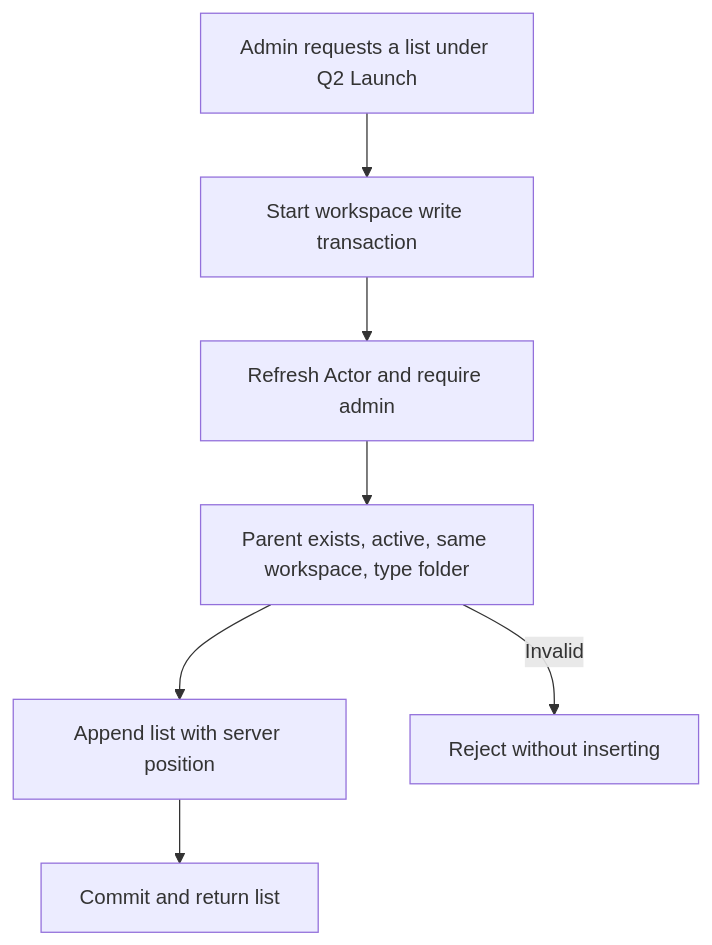
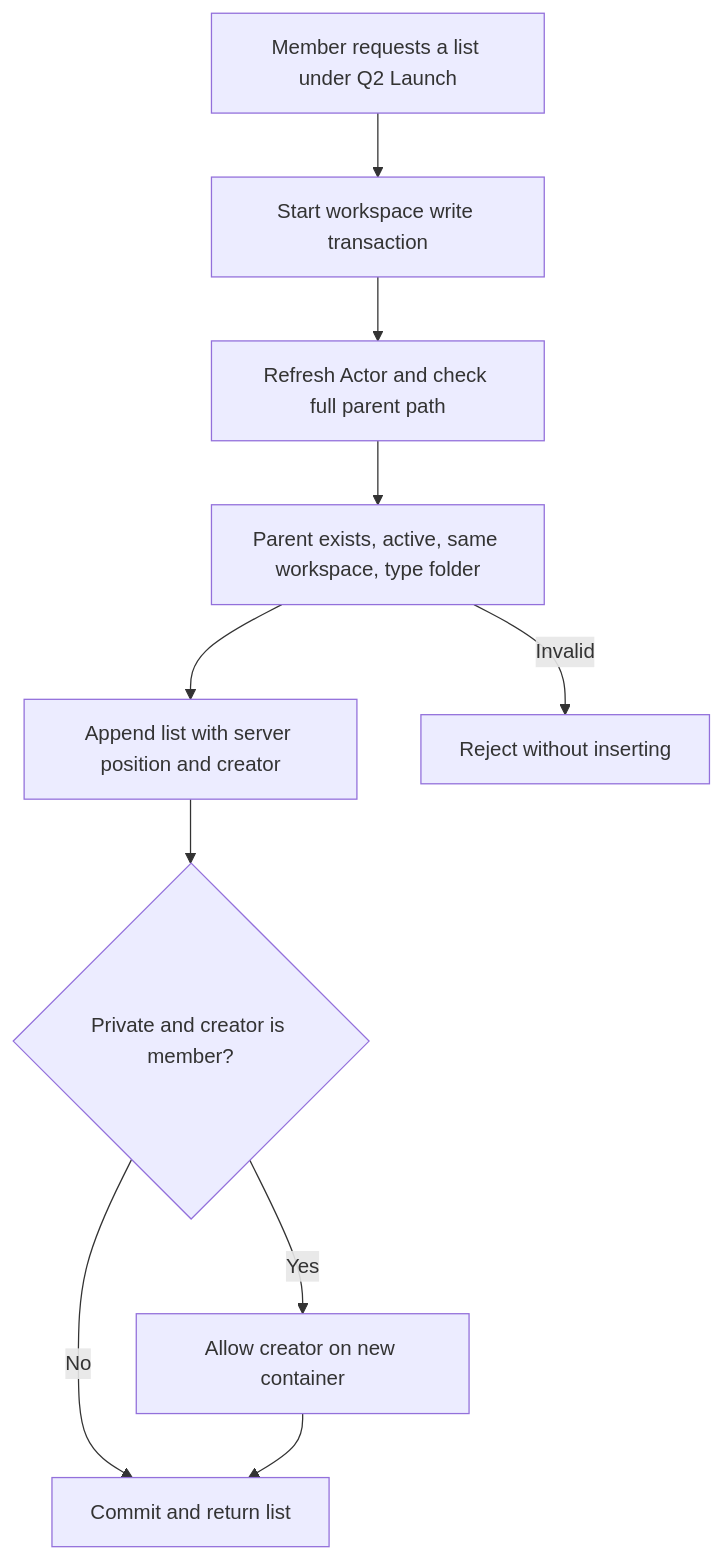
The third of 5 diagrams in docs/modules/hierarchy.md (androizer/flowboard), drawn with Mermaid before and after one commit. The commit also changed other lines of this file and 17 other files, not shown here.

Commit message:
feat(access): enable creator container sharing

````diff
--- a/docs/modules/hierarchy.md
+++ b/docs/modules/hierarchy.md
@@ -88,9 +92,12 @@
 ```mermaid
 flowchart TD
-    Input["Admin requests a list under Q2 Launch"] --> Lock["Start workspace write transaction"]
-    Lock --> Access["Refresh Actor and require admin"]
+    Input["Member requests a list under Q2 Launch"] --> Lock["Start workspace write transaction"]
+    Lock --> Access["Refresh Actor and check full parent path"]
     Access --> Parent["Parent exists, active, same workspace, type folder"]
-    Parent --> Insert["Append list with server position"]
-    Insert --> Commit["Commit and return list"]
+    Parent --> Insert["Append list with server position and creator"]
+    Insert --> Private{"Private and creator is member?"}
+    Private -->|Yes| Grant["Allow creator on new container"]
+    Private -->|No| Commit["Commit and return list"]
+    Grant --> Commit
     Parent -->|Invalid| Error["Reject without inserting"]
 ```
````
